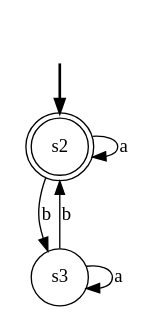
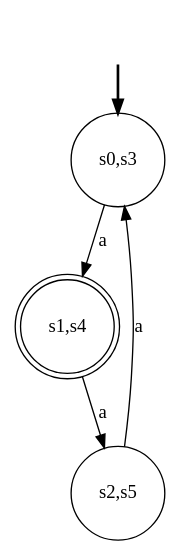
One commit to mbarrerag/Automatas-AFD-AFN-AFPD-AFPN-TT changed the diagram in Digraph.gv. Above: the diagram before and after it, drawn with Graphviz. The commit also changed 4 other files, not shown here.

```diff
--- a/Digraph.gv
+++ b/Digraph.gv
@@ -1,14 +1,15 @@
 digraph {
+	node [shape=circle]
+	"s0,s3"
 	node [shape=doublecircle]
-	s2
+	"s1,s4"
 	node [shape=circle]
-	s3
+	"s2,s5"
 	node [shape=ellipse]
-	s2 -> s2 [label=a]
-	s2 -> s3 [label=b]
-	s3 -> s3 [label=a]
-	s3 -> s2 [label=b]
+	"s0,s3" -> "s1,s4" [label=a]
+	"s1,s4" -> "s2,s5" [label=a]
+	"s2,s5" -> "s0,s3" [label=a]
 	node [style=invis width=0]
 	start
-	start -> s2 [style=bold]
+	start -> "s0,s3" [style=bold]
 }
```
